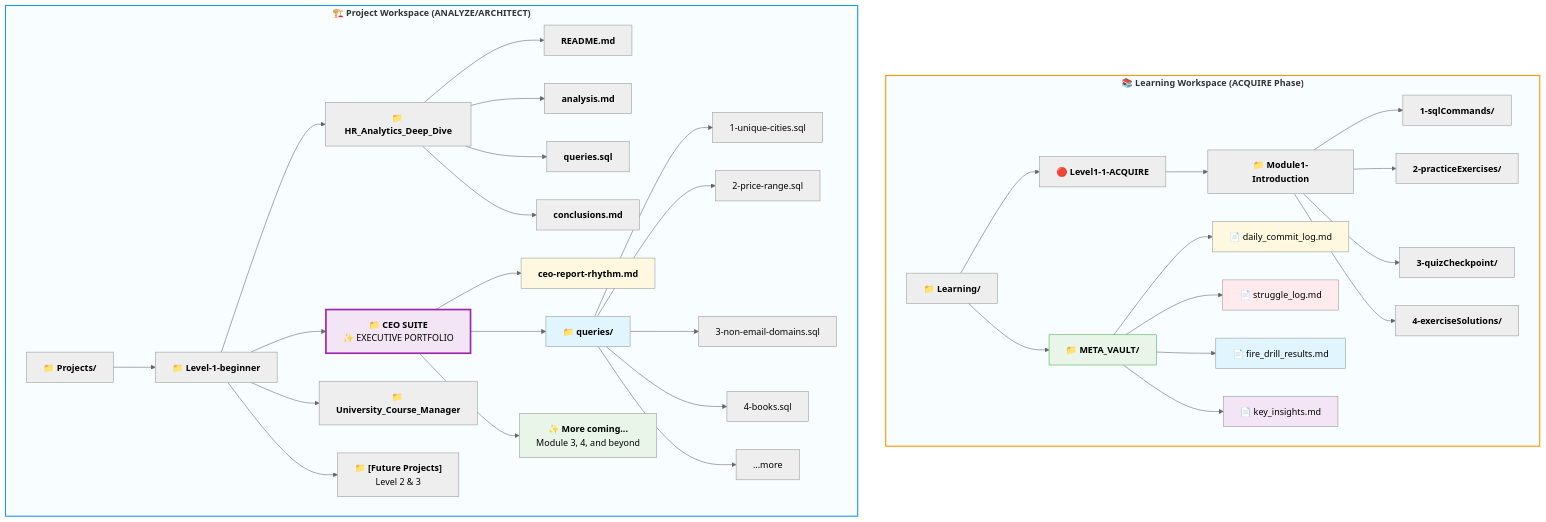
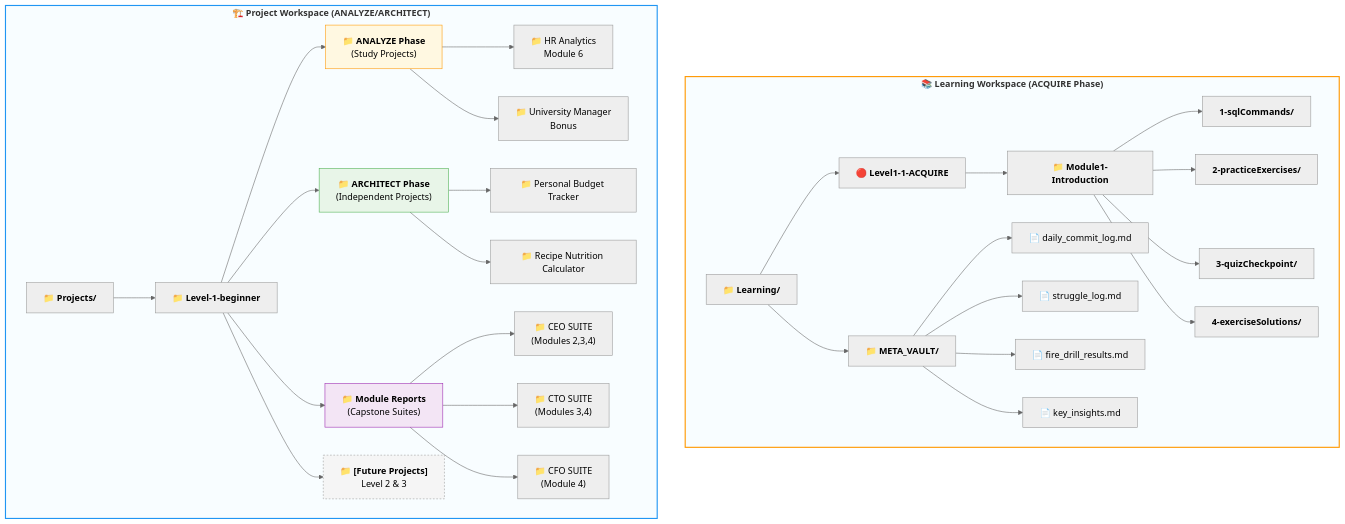
Diagram 13 of 17 in Level-1-beginner/Guides/Section1-ACQUIRE/3_Knowledge_Base.md (uniqueumamaheswari-universe/SQLVerse), drawn with Mermaid (neutral theme) before and after one commit. The commit also changed other lines of this file and 4 other files, not shown here.

````diff
--- a/Level-1-beginner/Guides/Section1-ACQUIRE/3_Knowledge_Base.md
+++ b/Level-1-beginner/Guides/Section1-ACQUIRE/3_Knowledge_Base.md
@@ -384,53 +534,44 @@
 ```mermaid
 flowchart TD
     subgraph LearningWorkspace["<b>📚 Learning Workspace (ACQUIRE Phase)</b>"]
         direction LR
         L0["<b>📁 Learning/</b>"] --> L1["<b>🔴 Level1-1-ACQUIRE</b>"]
         L1 --> L1a["<b>📁 Module1-Introduction</b>"]
         L1a --> L1a1["<b>1-sqlCommands/</b>"]
         L1a --> L1a2["<b>2-practiceExercises/</b>"]
         L1a --> L1a3["<b>3-quizCheckpoint/</b>"]
         L1a --> L1a4["<b>4-exerciseSolutions/</b>"]
         L0 --> LM["<b>📁 META_VAULT/</b>"]
         LM --> LM1["📄 daily_commit_log.md"]
         LM --> LM2["📄 struggle_log.md"]
         LM --> LM3["📄 fire_drill_results.md"]
         LM --> LM4["📄 key_insights.md"]
     end
 
     subgraph ProjectWorkspace["<b>🏗️ Project Workspace (ANALYZE/ARCHITECT)</b>"]
         direction LR
         B0["<b>📁 Projects/</b>"] --> B1["<b>📁 Level-1-beginner</b>"]
         
-        B1 --> B1a["<b>📁 HR_Analytics_Deep_Dive</b>"]
-        B1a --> B1a1["<b>README.md</b>"]
-        B1a --> B1a2["<b>analysis.md</b>"]
-        B1a --> B1a3["<b>queries.sql</b>"]
-        B1a --> B1a4["<b>conclusions.md</b>"]
+        B1 --> Analyze["<b>📁 ANALYZE Phase</b><br/>(Study Projects)"]
+        Analyze --> A1["📁 HR Analytics<br/>Module 6"]
+        Analyze --> A2["📁 University Manager<br/>Bonus"]
         
-        B1 --> B1b["<b>📁 CEO SUITE</b><br/>✨ EXECUTIVE PORTFOLIO"]
-        B1b --> B1b1["<b>ceo-report-rhythm.md</b>"]
-        B1b --> B1b2["<b>📁 queries/</b>"]
-        B1b2 --> B1b2a["1-unique-cities.sql"]
-        B1b2 --> B1b2b["2-price-range.sql"]
-        B1b2 --> B1b2c["3-non-email-domains.sql"]
-        B1b2 --> B1b2d["4-books.sql"]
-        B1b2 --> B1b2e["...more"]
-        B1b --> B1b3["<b>✨ More coming...</b><br/>Module 3, 4, and beyond"]
+        B1 --> Architect["<b>📁 ARCHITECT Phase</b><br/>(Independent Projects)"]
+        Architect --> Indep1["📁 Personal Budget Tracker"]
+        Architect --> Indep2["📁 Recipe Nutrition Calculator"]
         
-        B1 --> B1c["<b>📁 University_Course_Manager</b>"]
-        B1 --> B1d["<b>📁 [Future Projects]</b><br/>Level 2 & 3"]
+        B1 --> ModuleReports["<b>📁 Module Reports</b><br/>(Capstone Suites)"]
+        ModuleReports --> MR1["📁 CEO SUITE<br/>(Modules 2,3,4)"]
+        ModuleReports --> MR2["📁 CTO SUITE<br/>(Modules 3,4)"]
+        ModuleReports --> MR3["📁 CFO SUITE<br/>(Module 4)"]
+        
+        B1 --> Future["<b>📁 [Future Projects]</b><br/>Level 2 & 3"]
     end
 
     style LearningWorkspace fill:#f8fdff,stroke:#ff9800,stroke-width:2px
     style ProjectWorkspace fill:#f8fdff,stroke:#2196f3,stroke-width:2px
-    style B1b fill:#f3e5f5,stroke:#9c27b0,stroke-width:3px
-    style B1b1 fill:#fff8e1
-    style B1b2 fill:#e1f5fe
-    style B1b3 fill:#e8f5e8
-    style LM fill:#e8f5e8,stroke:#4caf50
-    style LM1 fill:#fff8e1
-    style LM2 fill:#ffebee
-    style LM3 fill:#e1f5fe
-    style LM4 fill:#f3e5f5
+    style Analyze fill:#fff8e1,stroke:#ff9800
+    style Architect fill:#e8f5e8,stroke:#4caf50
+    style ModuleReports fill:#f3e5f5,stroke:#9c27b0
+    style Future fill:#f5f5f5,stroke:#999,stroke-dasharray: 3 3
 ```
````
